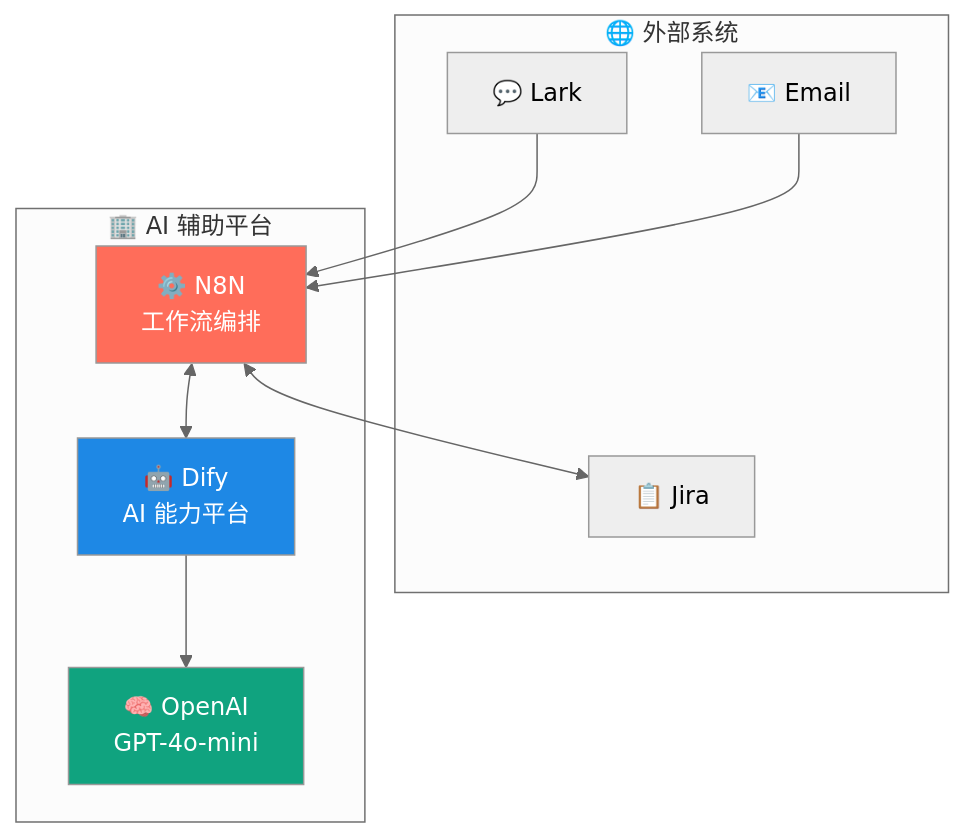
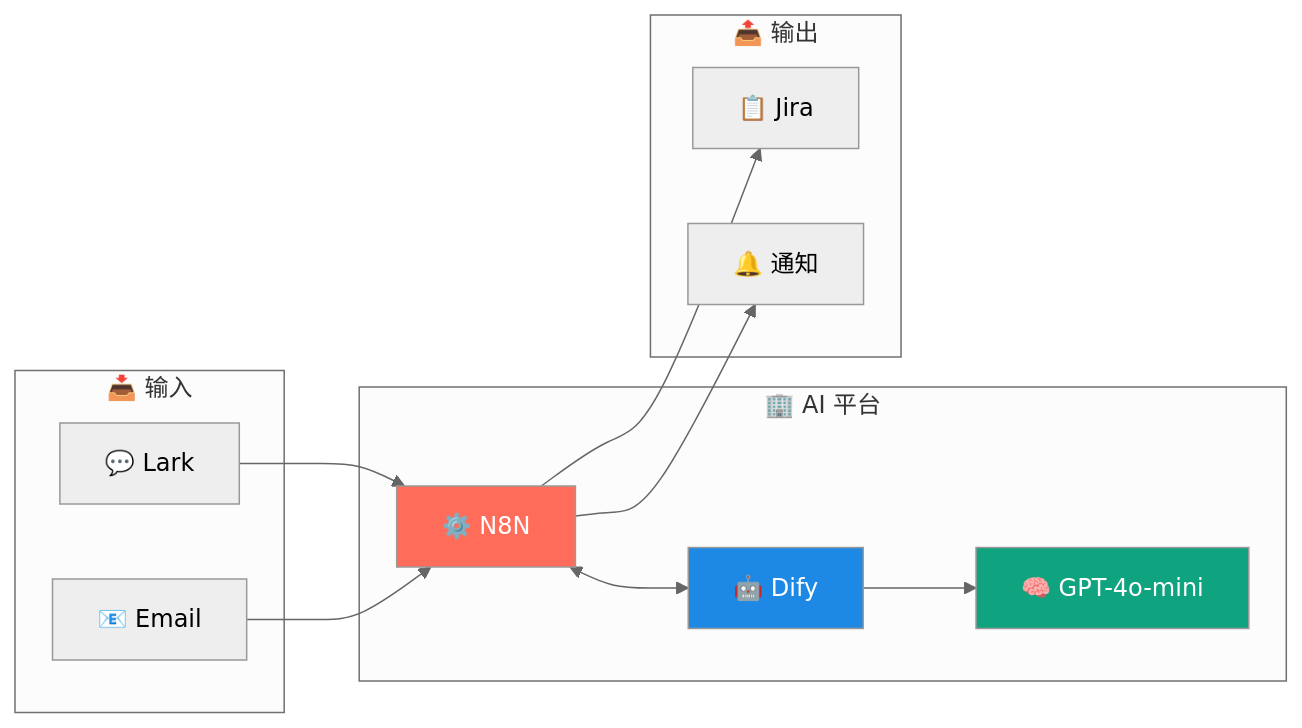
Before and after one commit to karl9141/ai-platform-technical: the diagram in README.md, drawn with Mermaid (neutral theme). The commit also changed other lines of this file and 1 other file, not shown here.

````diff
--- a/README.md
+++ b/README.md
@@ -17,24 +24,29 @@
 ```mermaid
-flowchart TB
-    subgraph External["🌐 外部系统"]
+flowchart LR
+    subgraph Input["📥 输入"]
         Lark["💬 Lark"]
         Email["📧 Email"]
-        Jira["📋 Jira"]
     end
 
-    subgraph Platform["🏢 AI 辅助平台"]
-        N8N["⚙️ N8N<br/>工作流编排"]
-        Dify["🤖 Dify<br/>AI 能力平台"]
-        OpenAI["🧠 OpenAI<br/>GPT-4o-mini"]
+    subgraph Core["🏢 AI 平台"]
+        N8N["⚙️ N8N"]
+        Dify["🤖 Dify"]
+        LLM["🧠 GPT-4o-mini"]
+    end
+
+    subgraph Output["📤 输出"]
+        Jira["📋 Jira"]
+        Notice["🔔 通知"]
     end
 
     Lark --> N8N
     Email --> N8N
-    N8N <--> Jira
     N8N <--> Dify
-    Dify --> OpenAI
+    Dify --> LLM
+    N8N --> Jira
+    N8N --> Notice
 
     style N8N fill:#ff6d5a,color:#fff
     style Dify fill:#1e88e5,color:#fff
-    style OpenAI fill:#10a37f,color:#fff
+    style LLM fill:#10a37f,color:#fff
 ```
````
